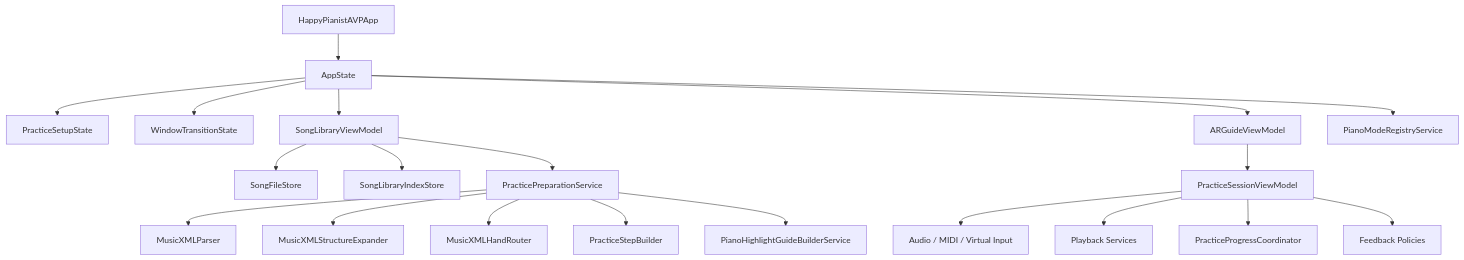
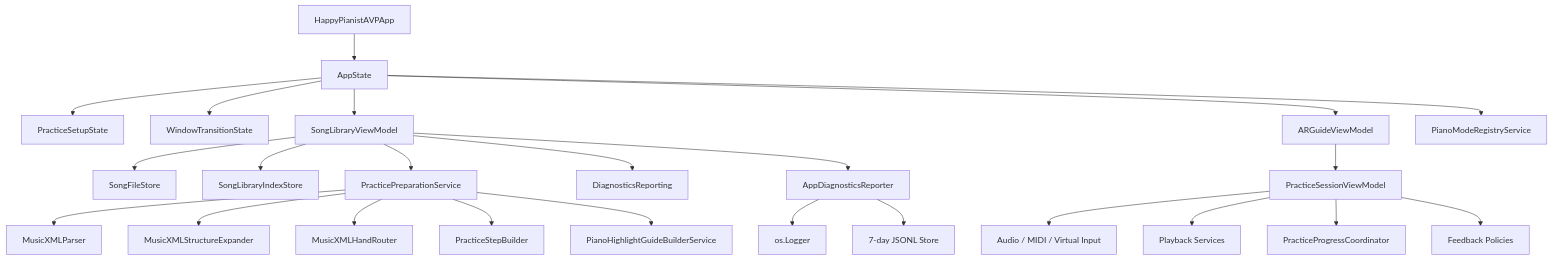
Before and after one commit to chiimagnus/HappyPianist: the second of 2 diagrams in docs/architecture.md, drawn with Mermaid. The commit also changed other lines of this file and 10 other files, not shown here.

````diff
--- a/docs/architecture.md
+++ b/docs/architecture.md
@@ -36,25 +36,29 @@
 ```mermaid
 flowchart TD
   APP[HappyPianistAVPApp] --> STATE[AppState]
   STATE --> SETUP[PracticeSetupState]
   STATE --> WINDOW[WindowTransitionState]
   STATE --> LIBRARY[SongLibraryViewModel]
   STATE --> ARGUIDE[ARGuideViewModel]
   STATE --> MODES[PianoModeRegistryService]
 
   LIBRARY --> FILES[SongFileStore]
   LIBRARY --> INDEX[SongLibraryIndexStore]
   LIBRARY --> PREP[PracticePreparationService]
+  LIBRARY --> DIAG[DiagnosticsReporting]
 
   PREP --> PARSER[MusicXMLParser]
   PREP --> EXPAND[MusicXMLStructureExpander]
   PREP --> HANDS[MusicXMLHandRouter]
   PREP --> STEPS[PracticeStepBuilder]
   PREP --> GUIDES[PianoHighlightGuideBuilderService]
 
   ARGUIDE --> SESSION[PracticeSessionViewModel]
   SESSION --> INPUT[Audio / MIDI / Virtual Input]
   SESSION --> PLAYBACK[Playback Services]
   SESSION --> PROGRESS[PracticeProgressCoordinator]
   SESSION --> FEEDBACK[Feedback Policies]
+  LIBRARY --> DIAGNOSTICS[AppDiagnosticsReporter]
+  DIAGNOSTICS --> OSLOG[os.Logger]
+  DIAGNOSTICS --> LOGSTORE[7-day JSONL Store]
 ```
````
